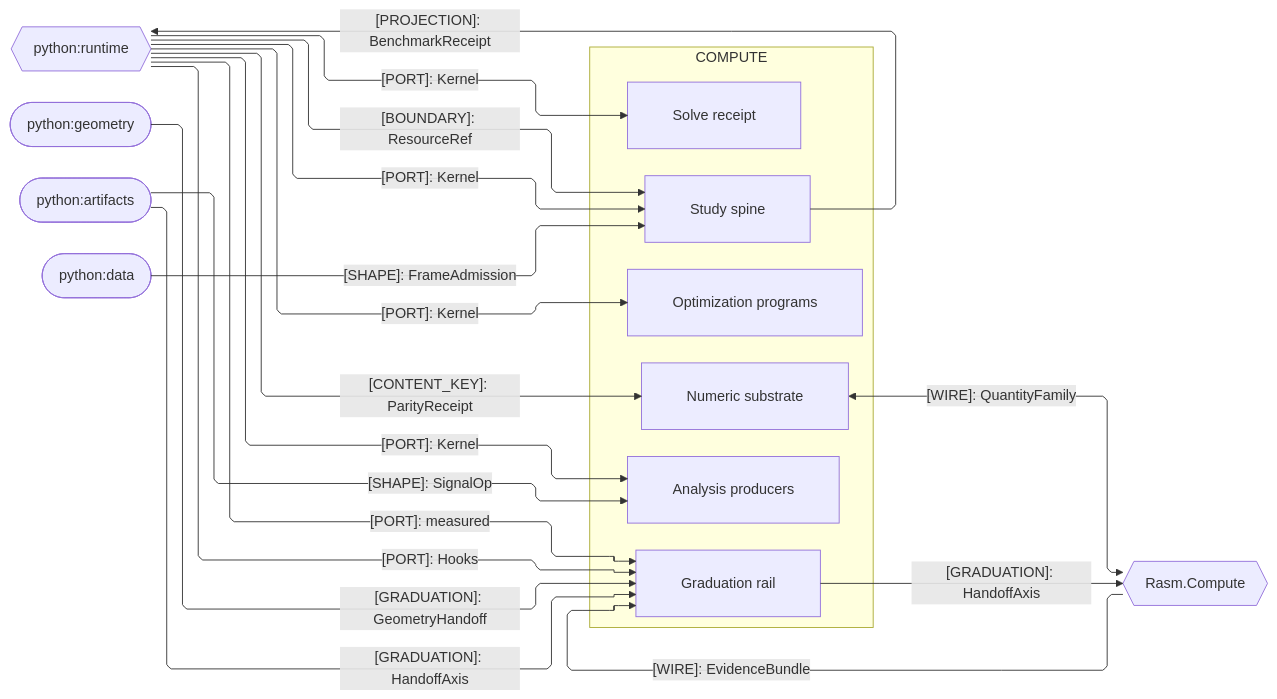
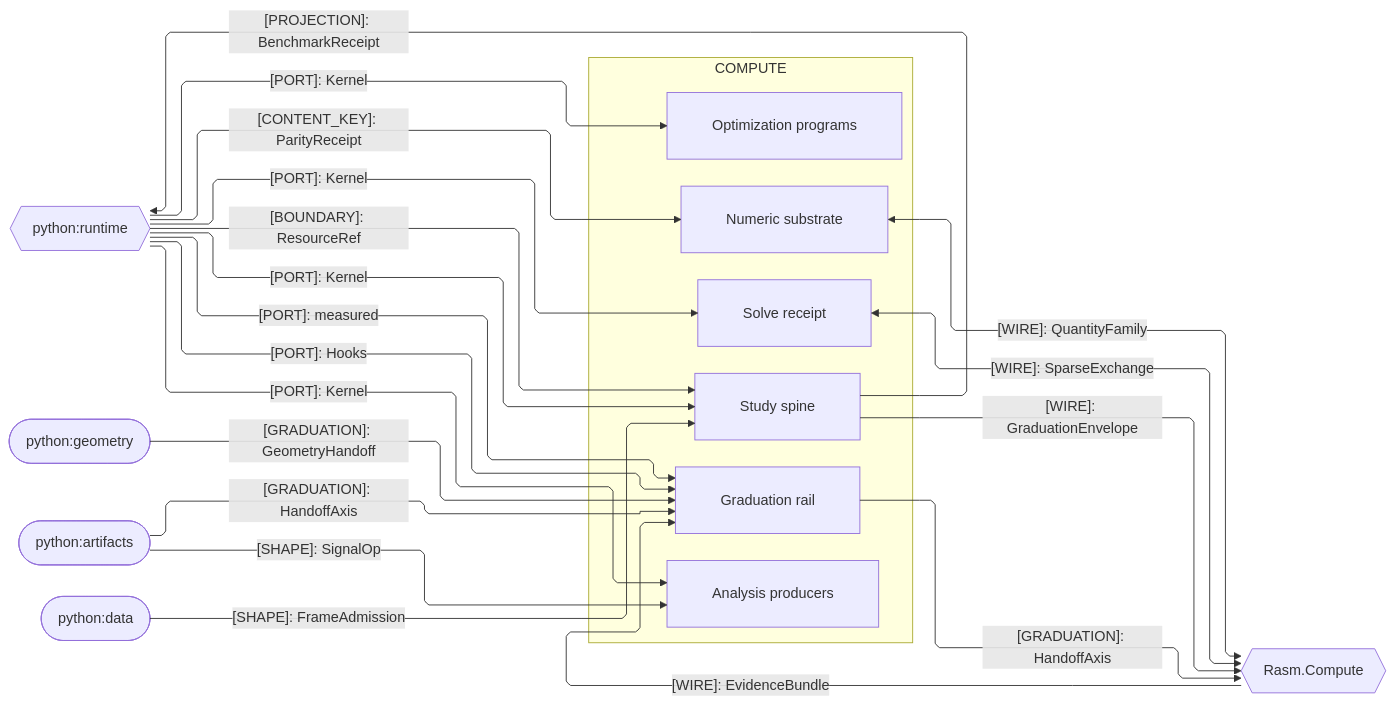
Before and after one commit to bsamiee/Rasm: the second of 3 diagrams in libs/python/compute/ARCHITECTURE.md, drawn with Mermaid. The commit also changed other lines of this file and 84 other files, not shown here.

````diff
--- a/libs/python/compute/ARCHITECTURE.md
+++ b/libs/python/compute/ARCHITECTURE.md
@@ -97,41 +97,43 @@
 ```mermaid
 ---
 config:
   layout: elk
   flowchart:
     curve: linear
     padding: 25
 ---
 flowchart LR
     accTitle: Compute package seam registry
     accDescr: Compute sub-domain owners exchanging graduation evidence, quantities, content keys, and the Kernel port with peers.
     subgraph compute[COMPUTE]
         Graduation[Graduation rail]
         Solvers[Solve receipt]
         Numerics[Numeric substrate]
         Experiments[Study spine]
         Analysis[Analysis producers]
         Optimization[Optimization programs]
     end
     Compute{{Rasm.Compute}}
     Runtime{{python:runtime}}
     Geometry([python:geometry])
     Artifacts([python:artifacts])
     Data([python:data])
     Graduation e1@-->|"[GRADUATION]: HandoffAxis"| Compute
     Compute e2@-->|"[WIRE]: EvidenceBundle"| Graduation
+    Experiments e18@-->|"[WIRE]: GraduationEnvelope"| Compute
+    Solvers e19@<-->|"[WIRE]: SparseExchange"| Compute
     Numerics e4@<-->|"[WIRE]: QuantityFamily"| Compute
     Geometry e5@-->|"[GRADUATION]: GeometryHandoff"| Graduation
     Artifacts e6@-->|"[GRADUATION]: HandoffAxis"| Graduation
     Artifacts e7@-->|"[SHAPE]: SignalOp"| Analysis
     Runtime e8@-->|"[CONTENT_KEY]: ParityReceipt"| Numerics
     Runtime e9@-->|"[BOUNDARY]: ResourceRef"| Experiments
     Data e10@-->|"[SHAPE]: FrameAdmission"| Experiments
     Experiments e17@-->|"[PROJECTION]: BenchmarkReceipt"| Runtime
     Runtime e11@-->|"[PORT]: Kernel"| Solvers
     Runtime e12@-->|"[PORT]: measured"| Graduation
     Runtime e16@-->|"[PORT]: Hooks"| Graduation
     Runtime e13@-->|"[PORT]: Kernel"| Experiments
     Runtime e14@-->|"[PORT]: Kernel"| Analysis
     Runtime e15@-->|"[PORT]: Kernel"| Optimization
 ```
````
